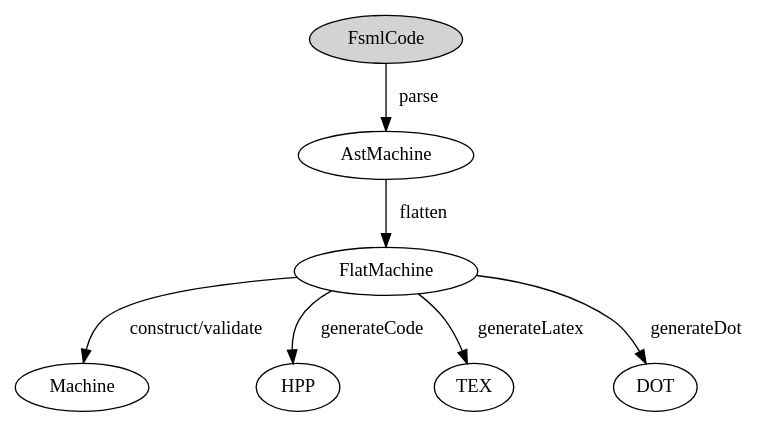
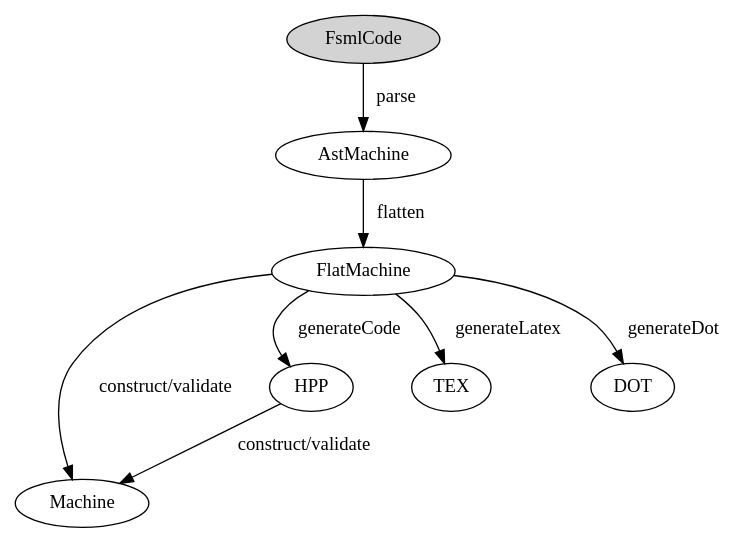
The diagram in presentation/FsmlppFsml.dot (hartenfels/FSMLplusplus), drawn with Graphviz before and after one commit. The commit also changed 158 other files, not shown here.

```diff
--- a/presentation/FsmlppFsml.dot
+++ b/presentation/FsmlppFsml.dot
@@ -1,10 +1,11 @@
 digraph FsmlppFsml {
 	node [shape=ellipse];
 	FsmlCode [style=filled];
 	FsmlCode -> AstMachine [label=" parse "];
 	AstMachine -> FlatMachine [label=" flatten "];
 	FlatMachine -> Machine [label=" construct/validate "];
 	FlatMachine -> HPP [label=" generateCode "];
 	FlatMachine -> TEX [label=" generateLatex "];
 	FlatMachine -> DOT [label=" generateDot "];
+	HPP -> Machine [label=" construct/validate "];
 }
```
